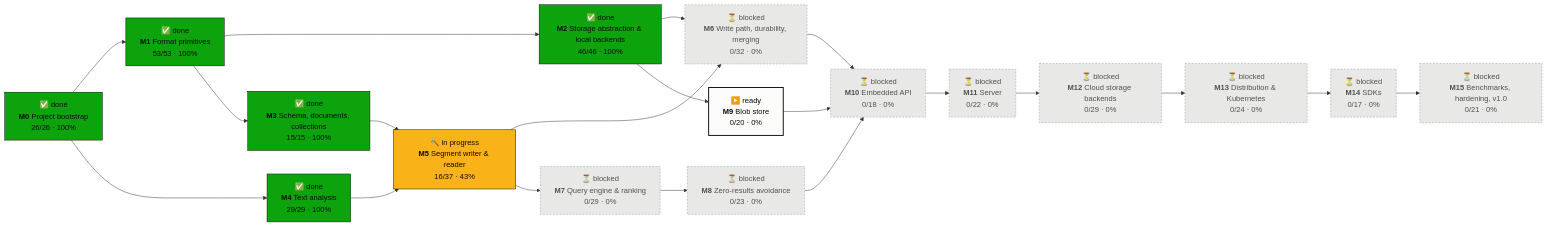
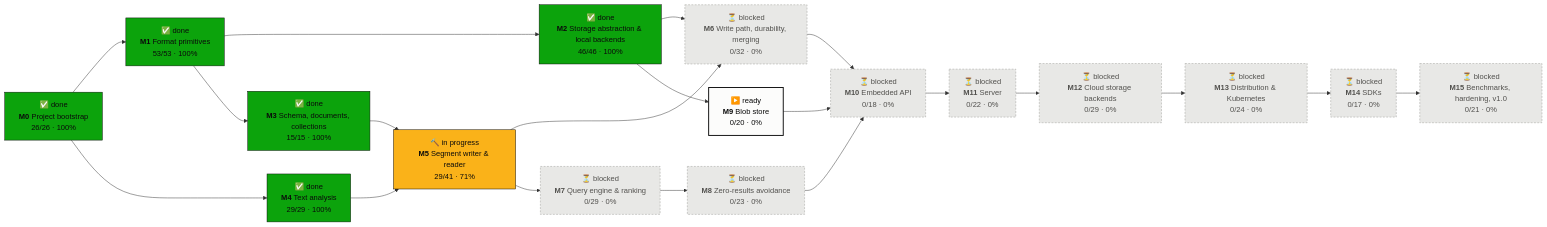
The first of 2 diagrams in PROGRESS.md (tomiok/persiaDB), drawn with Mermaid before and after one commit. The commit also changed other lines of this file and 28 other files, not shown here.

First line of the commit message:
Segment reader (ROADMAP 5.3) (#26)

````diff
--- a/PROGRESS.md
+++ b/PROGRESS.md
@@ -16,42 +16,42 @@
 ```mermaid
 flowchart LR
   M0["✅ done<br/><b>M0</b> Project bootstrap<br/>26/26 · 100%"]:::done
   M1["✅ done<br/><b>M1</b> Format primitives<br/>53/53 · 100%"]:::done
   M2["✅ done<br/><b>M2</b> Storage abstraction & local backends<br/>46/46 · 100%"]:::done
   M3["✅ done<br/><b>M3</b> Schema, documents, collections<br/>15/15 · 100%"]:::done
   M4["✅ done<br/><b>M4</b> Text analysis<br/>29/29 · 100%"]:::done
-  M5["🔨 in progress<br/><b>M5</b> Segment writer & reader<br/>16/37 · 43%"]:::doing
+  M5["🔨 in progress<br/><b>M5</b> Segment writer & reader<br/>29/41 · 71%"]:::doing
   M6["⏳ blocked<br/><b>M6</b> Write path, durability, merging<br/>0/32 · 0%"]:::blocked
   M7["⏳ blocked<br/><b>M7</b> Query engine & ranking<br/>0/29 · 0%"]:::blocked
   M8["⏳ blocked<br/><b>M8</b> Zero-results avoidance<br/>0/23 · 0%"]:::blocked
   M9["▶️ ready<br/><b>M9</b> Blob store<br/>0/20 · 0%"]:::ready
   M10["⏳ blocked<br/><b>M10</b> Embedded API<br/>0/18 · 0%"]:::blocked
   M11["⏳ blocked<br/><b>M11</b> Server<br/>0/22 · 0%"]:::blocked
   M12["⏳ blocked<br/><b>M12</b> Cloud storage backends<br/>0/29 · 0%"]:::blocked
   M13["⏳ blocked<br/><b>M13</b> Distribution & Kubernetes<br/>0/24 · 0%"]:::blocked
   M14["⏳ blocked<br/><b>M14</b> SDKs<br/>0/17 · 0%"]:::blocked
   M15["⏳ blocked<br/><b>M15</b> Benchmarks, hardening, v1.0<br/>0/21 · 0%"]:::blocked
   M0 --> M1
   M1 --> M2
   M1 --> M3
   M0 --> M4
   M3 --> M5
   M4 --> M5
   M2 --> M6
   M5 --> M6
   M5 --> M7
   M7 --> M8
   M2 --> M9
   M6 --> M10
   M8 --> M10
   M9 --> M10
   M10 --> M11
   M11 --> M12
   M12 --> M13
   M13 --> M14
   M14 --> M15
   classDef done fill:#0ca30c,stroke:#0b0b0b,color:#0b0b0b
   classDef doing fill:#fab219,stroke:#0b0b0b,color:#0b0b0b
   classDef ready fill:#fcfcfb,stroke:#0b0b0b,stroke-width:2px,color:#0b0b0b
   classDef blocked fill:#e8e8e6,stroke:#9a9a96,stroke-dasharray:4 3,color:#52514e
 ```
````
